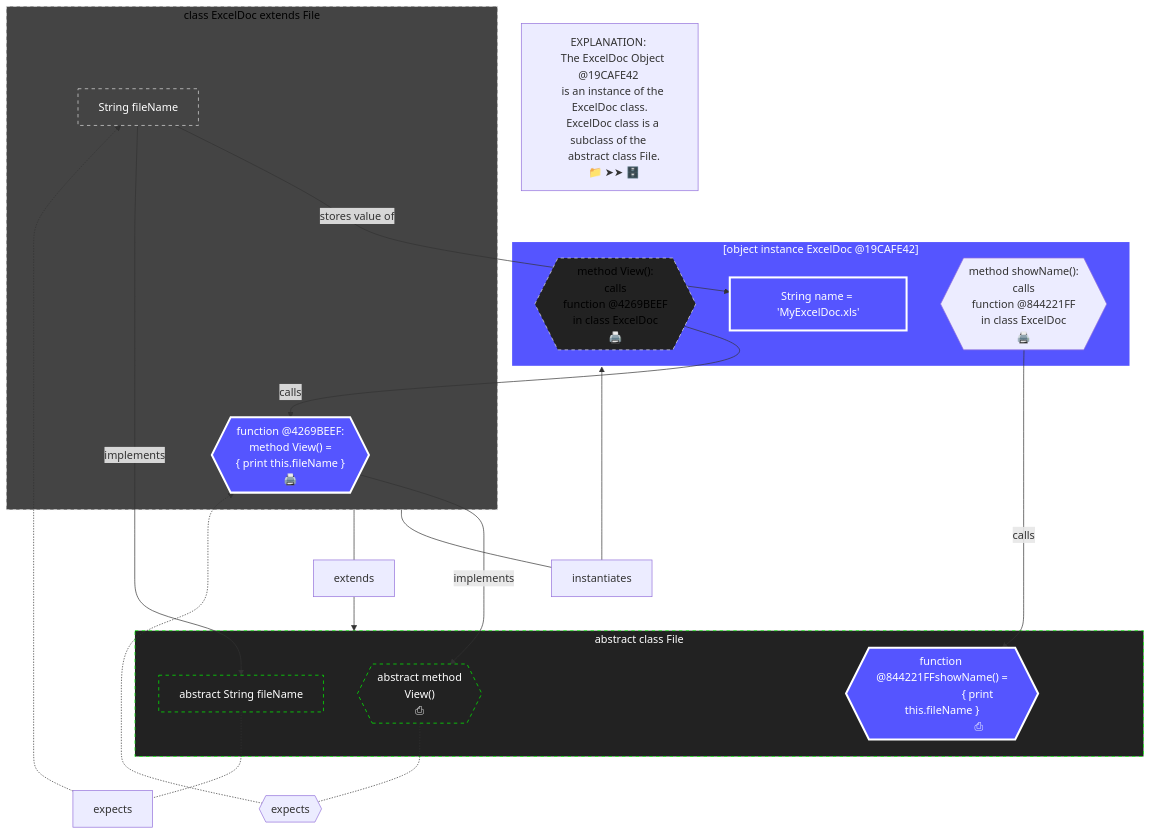
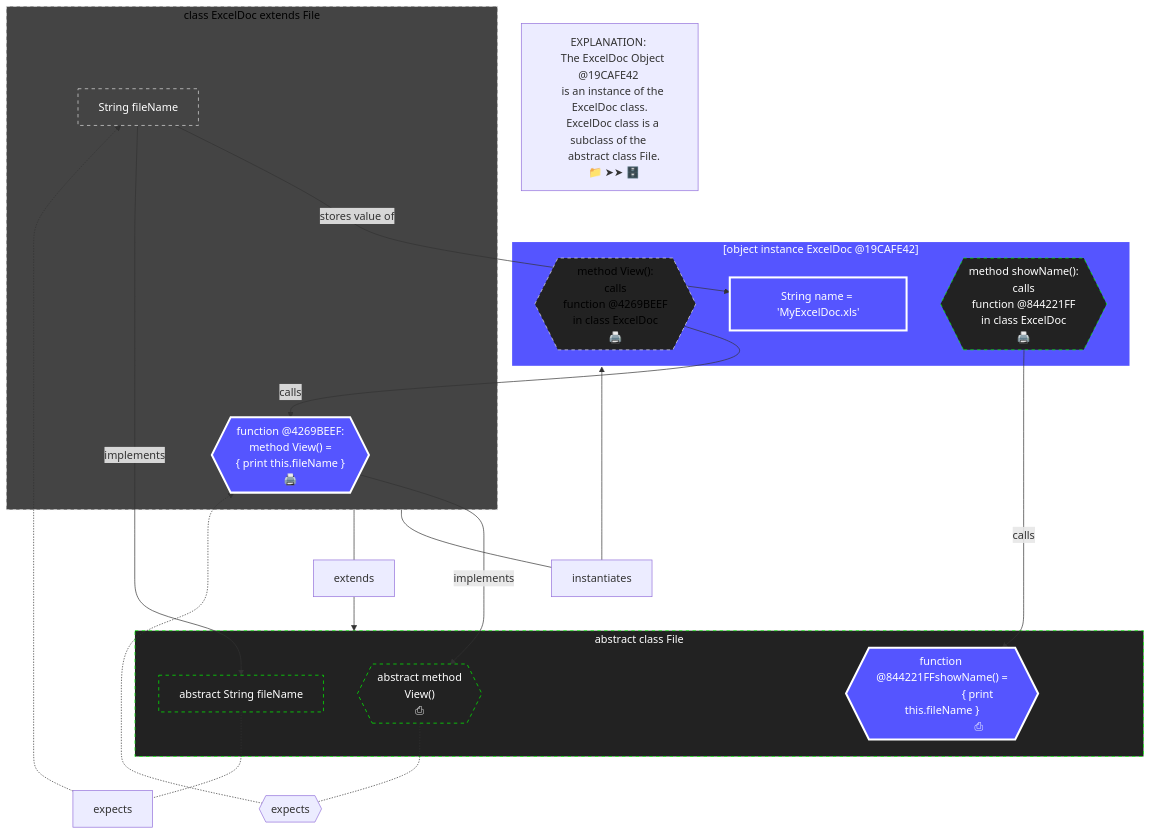
Before and after one commit to realityexpander/How_to_program_from_ground_up: the seventh of 8 diagrams in 09-ClassOrientedProgramming.md, drawn with Mermaid.

Commit message:
fix abstract diagram

````diff
--- a/09-ClassOrientedProgramming.md
+++ b/09-ClassOrientedProgramming.md
@@ -849,74 +849,76 @@
    ```mermaid
      flowchart TB
    
      ExcelDocObjectViewMethodFunctionPointer -- calls --> ExcelDocClassViewMethod
      ExcelDocClassAgeInt -- stores value of --> ExcelDocObjectAgeInt 
      
      ExcelDocObject:::Object
      subgraph ExcelDocObject["[object instance ExcelDoc @19CAFE42]"]
          ExcelDocObjectAgeInt["String name = 'MyExcelDoc.xls'"]
          ExcelDocObjectViewMethodFunctionPointer{{"method View(): 
             calls 
             function @4269BEEF
             in class ExcelDoc
             🖨️
             "}}
          ExcelDocObjectShowNameMethodFunctionPointer{{"method showName(): 
             calls 
             function @844221FF
             in class ExcelDoc
             🖨️
             "}}   
      end
      ExcelDocObjectShowNameMethodFunctionPointer -- calls --> abstractShowNameMethod
+     ExcelDocObjectViewMethodFunctionPointer:::Abstract
+     ExcelDocObjectShowNameMethodFunctionPointer:::Abstract
      
      subgraph classExcelDoc["class ExcelDoc extends File"]
          ExcelDocClassViewMethod{{"function @4269BEEF:  
             method View() =
             { print this.fileName }
             🖨️
             "}}
          ExcelDocClassAgeInt["String fileName"]
      end
      abstractAgeInt -.- expects -.-> ExcelDocClassAgeInt
      abstractViewMethod -.- expects2{{"expects"}} -.-> ExcelDocClassViewMethod:::Object
      ExcelDocClassAgeInt -- implements ---> abstractAgeInt:::Abstract
    
      note["
         EXPLANATION: 
         The ExcelDoc Object @19CAFE42 
         is an instance of the ExcelDoc class.
         ExcelDoc class is a subclass of the 
         abstract class File.
         📁 ➤➤ 🗄️"]
      
      classExcelDoc --- instantiates ---> ExcelDocObject
      classExcelDoc --- extends --> abstractFile:::Abstract
      ExcelDocClassViewMethod -- implements --> abstractViewMethod:::Abstract
      
      subgraph abstractFile["abstract class File"]
        abstractAgeInt["abstract String fileName"]
        abstractShowNameMethod{{"function @844221FFshowName() =
                                { print this.fileName }
                                ⎙
                              "}}:::Object
 
        abstractViewMethod{{"
           abstract method 
           View()
           ⎙
           "}}
           
      end
    
      classDef Abstract fill:#222, stroke:#0F0, stroke-width:1px, color:#fff, stroke-dasharray: 5 5
      
      classDef Class fill:#444, stroke:#00F, stroke-width:1px, color:#000, stroke-dasharray: 5 5
      %% For nodes that are the source of a link, the style must be defined in the link, not the classDef. 
      style classExcelDoc fill:#444, stroke:#DDD, stroke-width:1px, color:#000, stroke-dasharray: 5 5
      style ExcelDocClassAgeInt fill:#444, stroke:#DDD, stroke-width:1px, color:#FFF, stroke-dasharray: 5 5
      
      classDef Object fill:#55F, stroke:#FFF, stroke-width:3px, color:#fff
      style ExcelDocObjectAgeInt fill:#55F, stroke:#FFF, stroke-width:3px, color:#fff
      style ExcelDocObjectViewMethodFunctionPointer fill:#222, stroke:#DDD, stroke-width:1px, color:#000, stroke-dasharray: 5 5
    ```
````
